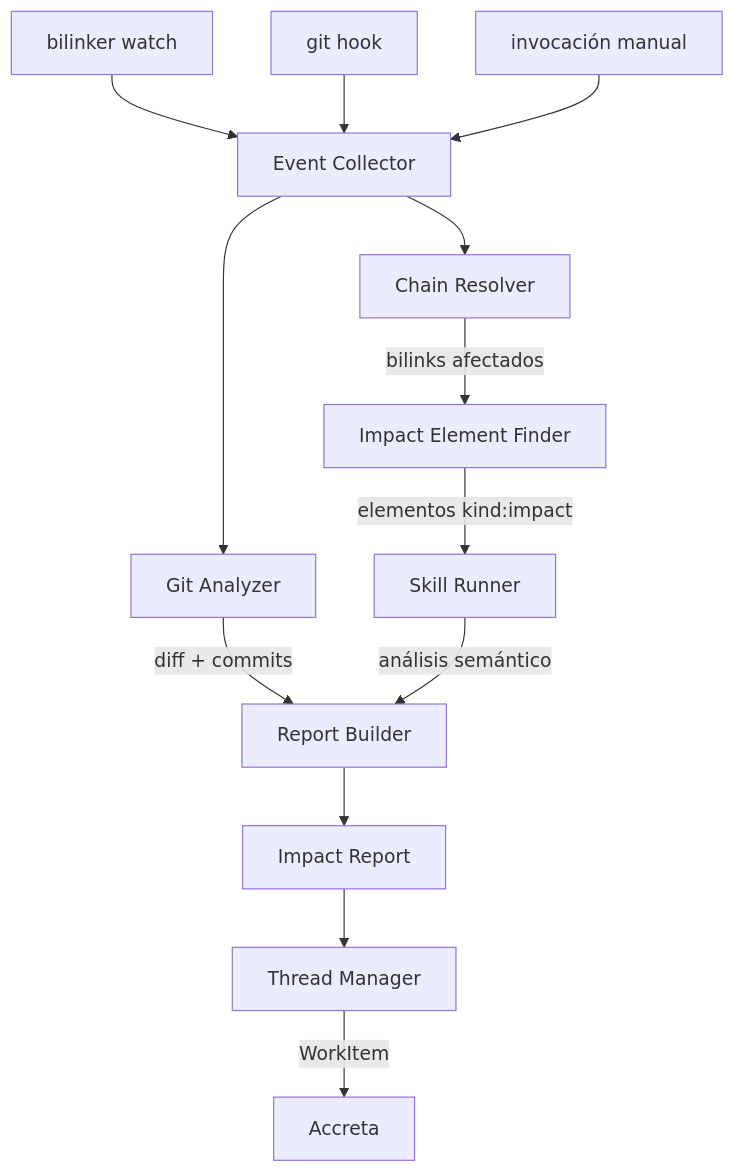
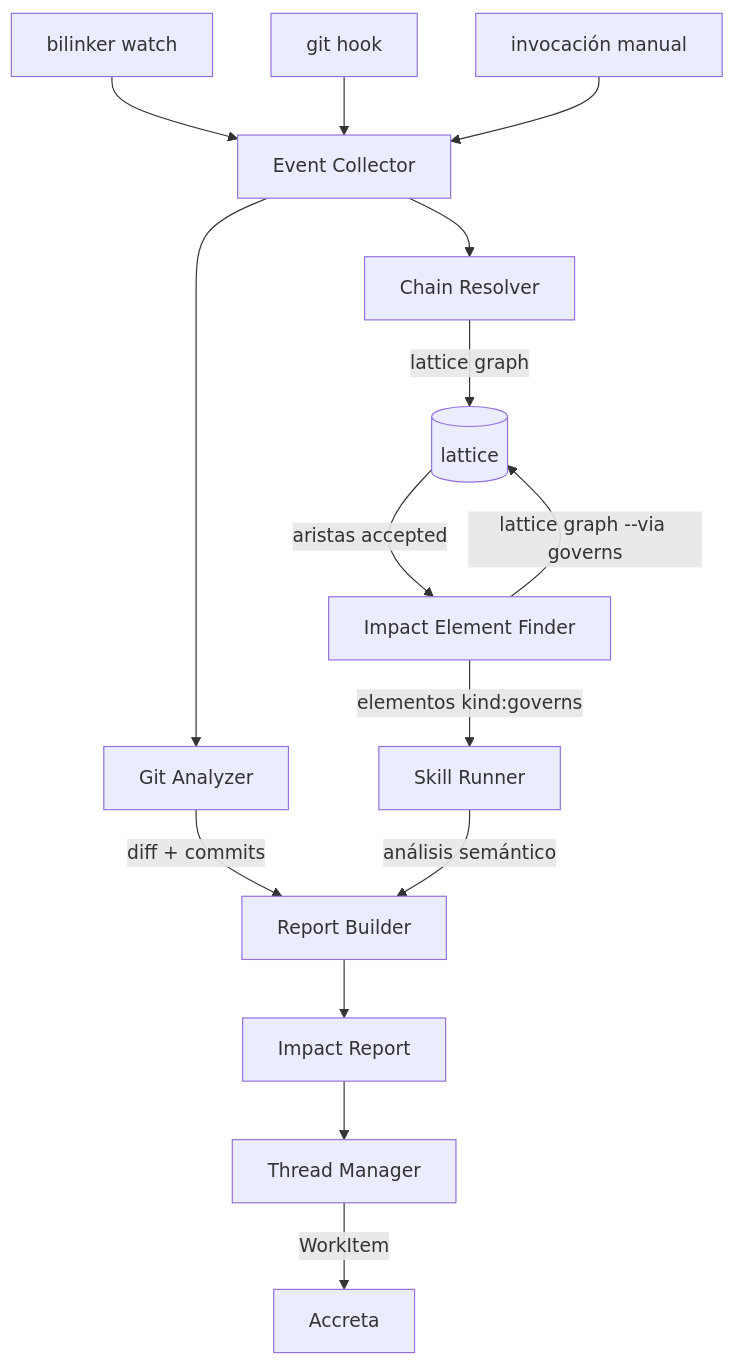
Before and after one commit to anibalanto/accreta: the first of 3 diagrams in subsystems/impact/architecture.md, drawn with Mermaid. The commit also changed other lines of this file and 12 other files, not shown here.

Commit message:
impact: consumir el grafo via lattice y corregir accepted.N y el indice de backlinks inexistente

````diff
--- a/subsystems/impact/architecture.md
+++ b/subsystems/impact/architecture.md
@@ -5,18 +5,20 @@
 ```mermaid
 flowchart TD
     E1[bilinker watch] --> EC[Event Collector]
     E2[git hook] --> EC
     E3[invocación manual] --> EC
 
     EC --> CR[Chain Resolver]
     EC --> GA[Git Analyzer]
 
-    CR -->|bilinks afectados| IE[Impact Element Finder]
+    CR -->|lattice graph| LT[(lattice)]
+    LT -->|aristas accepted| IE[Impact Element Finder]
+    IE -->|lattice graph --via governs| LT
     GA -->|diff + commits| RB[Report Builder]
-    IE -->|elementos kind:impact| SK[Skill Runner]
+    IE -->|elementos kind:governs| SK[Skill Runner]
     SK -->|análisis semántico| RB
 
     RB --> IR[Impact Report]
     IR --> TM[Thread Manager]
     TM -->|WorkItem| AC[Accreta]
 ```
````
